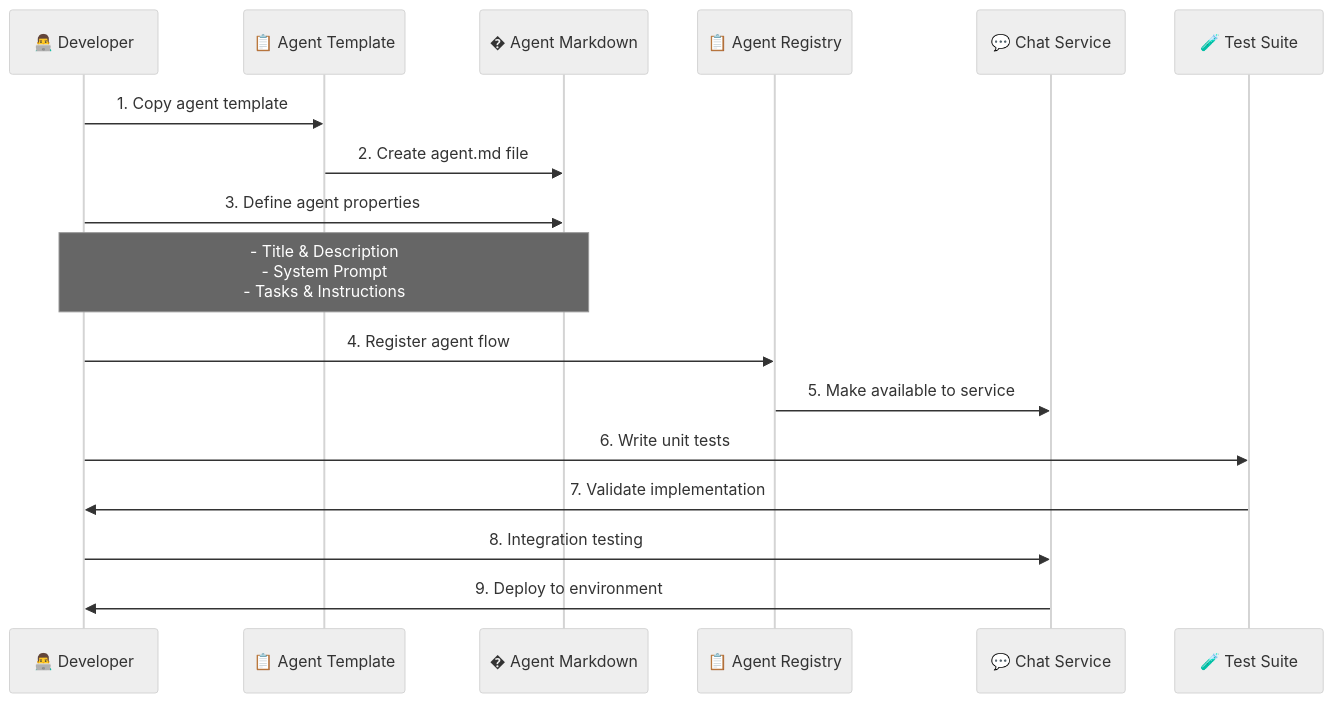
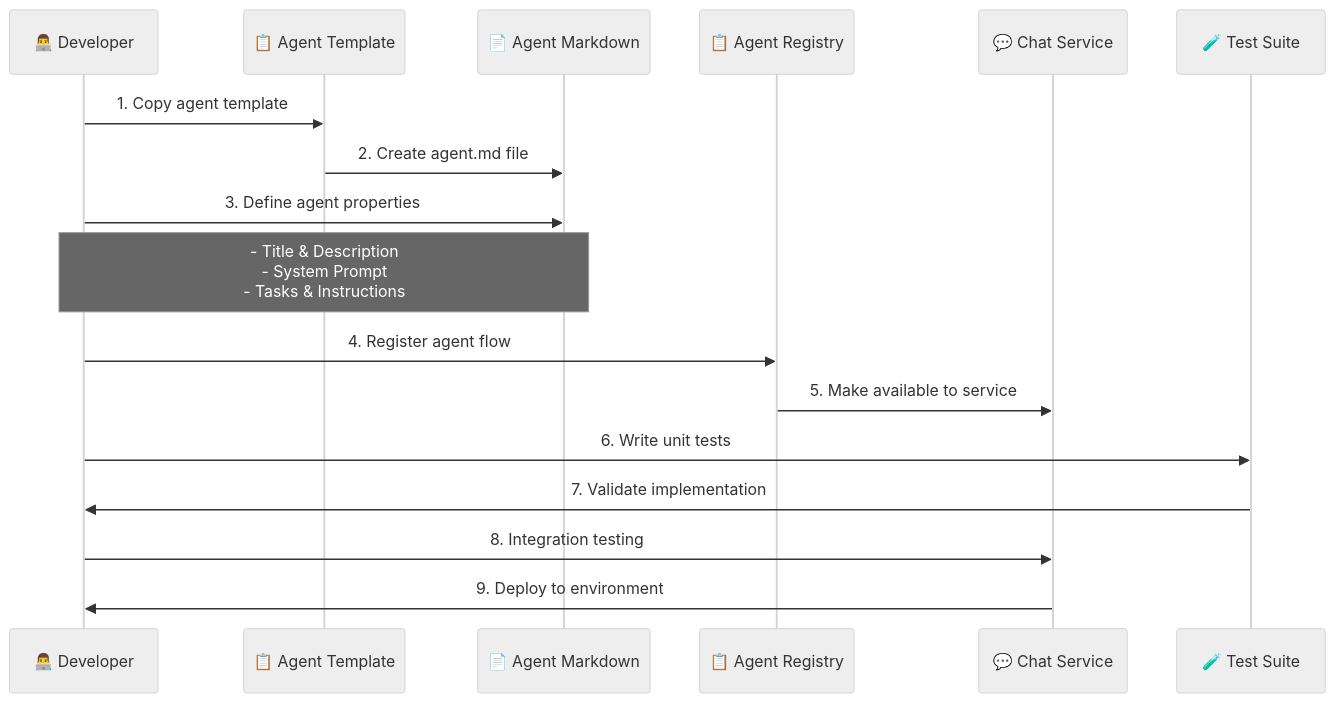
The fifth of 11 diagrams in docs/development/README.md (the-ingenious-dark-knight/Insight_Ingenious), drawn with Mermaid (neutral theme) before and after one commit. The commit also changed other lines of this file and 3 other files, not shown here.

````diff
--- a/docs/development/README.md
+++ b/docs/development/README.md
@@ -443,21 +443,21 @@
 ```mermaid
 sequenceDiagram
     participant Dev as 👨‍💻 Developer
     participant Template as 📋 Agent Template
-    participant AgentMD as � Agent Markdown
+    participant AgentMD as 📄 Agent Markdown
     participant Registry as 📋 Agent Registry
     participant Service as 💬 Chat Service
     participant Test as 🧪 Test Suite
 
     Dev->>Template: 1. Copy agent template
     Template->>AgentMD: 2. Create agent.md file
     Dev->>AgentMD: 3. Define agent properties
     Note over Dev,AgentMD: - Title & Description<br/>- System Prompt<br/>- Tasks & Instructions
 
     Dev->>Registry: 4. Register agent flow
     Registry->>Service: 5. Make available to service
     Dev->>Test: 6. Write unit tests
     Test->>Dev: 7. Validate implementation
     Dev->>Service: 8. Integration testing
     Service->>Dev: 9. Deploy to environment
 ```
````
